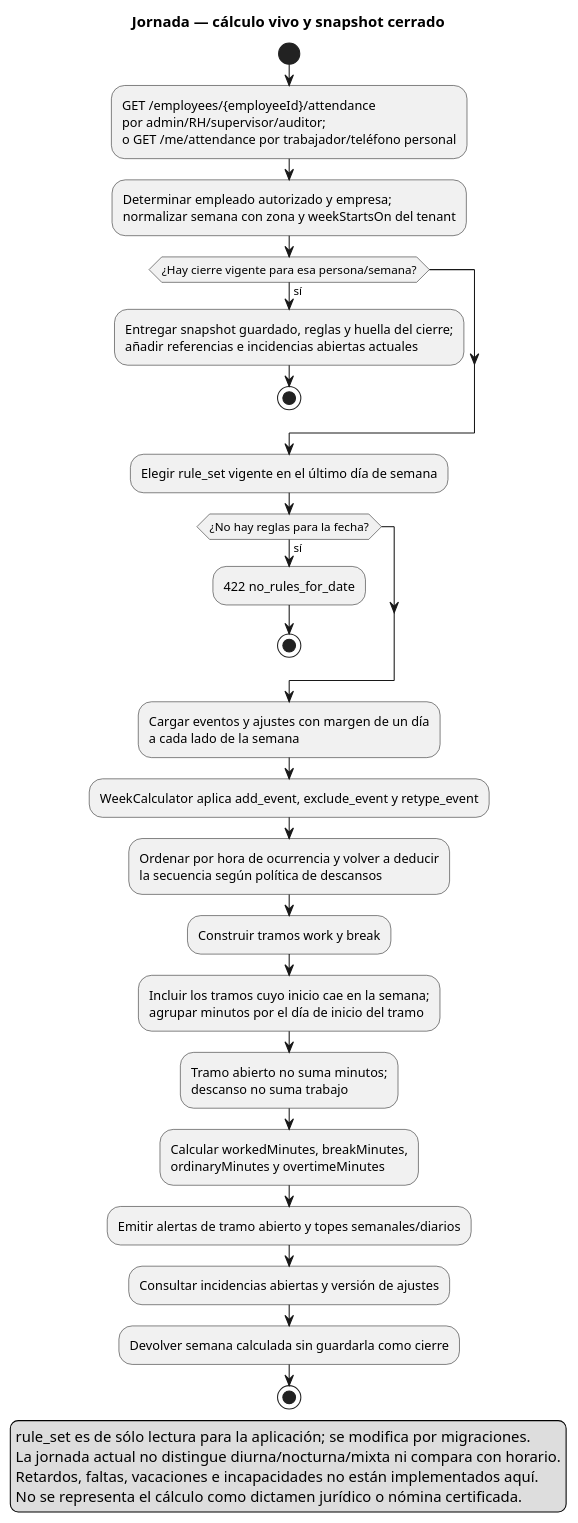
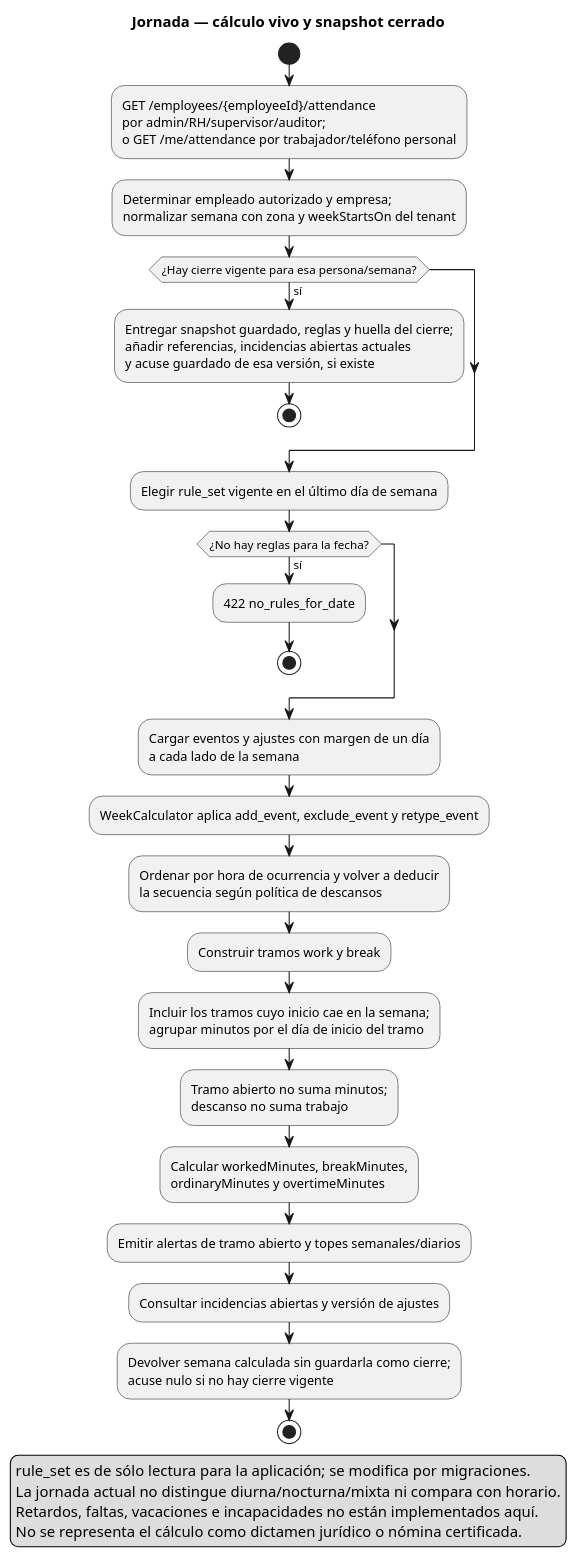
Before and after one commit to Alsegurarp/fs_asistencias: the diagram in docs/flujos/09-jornada-semanal.puml, drawn with PlantUML. The commit also changed 49 other files, not shown here.

```diff
--- a/docs/flujos/09-jornada-semanal.puml
+++ b/docs/flujos/09-jornada-semanal.puml
@@ -1,33 +1,33 @@
 @startuml
 title Jornada — cálculo vivo y snapshot cerrado
 skinparam shadowing false
 start
 :GET /employees/{employeeId}/attendance\npor admin/RH/supervisor/auditor;\no GET /me/attendance por trabajador/teléfono personal;
 :Determinar empleado autorizado y empresa;\nnormalizar semana con zona y weekStartsOn del tenant;
 if (¿Hay cierre vigente para esa persona/semana?) then (sí)
-  :Entregar snapshot guardado, reglas y huella del cierre;\nañadir referencias e incidencias abiertas actuales;
+  :Entregar snapshot guardado, reglas y huella del cierre;\nañadir referencias, incidencias abiertas actuales\ny acuse guardado de esa versión, si existe;
   stop
 endif
 :Elegir rule_set vigente en el último día de semana;
 if (¿No hay reglas para la fecha?) then (sí)
   :422 no_rules_for_date;
   stop
 endif
 :Cargar eventos y ajustes con margen de un día\na cada lado de la semana;
 :WeekCalculator aplica add_event, exclude_event y retype_event;
 :Ordenar por hora de ocurrencia y volver a deducir\nla secuencia según política de descansos;
 :Construir tramos work y break;
 :Incluir los tramos cuyo inicio cae en la semana;\nagrupar minutos por el día de inicio del tramo;
 :Tramo abierto no suma minutos;\ndescanso no suma trabajo;
 :Calcular workedMinutes, breakMinutes,\nordinaryMinutes y overtimeMinutes;
 :Emitir alertas de tramo abierto y topes semanales/diarios;
 :Consultar incidencias abiertas y versión de ajustes;
-:Devolver semana calculada sin guardarla como cierre;
+:Devolver semana calculada sin guardarla como cierre;\nacuse nulo si no hay cierre vigente;
 stop
 legend bottom
 rule_set es de sólo lectura para la aplicación; se modifica por migraciones.
 La jornada actual no distingue diurna/nocturna/mixta ni compara con horario.
 Retardos, faltas, vacaciones e incapacidades no están implementados aquí.
 No se representa el cálculo como dictamen jurídico o nómina certificada.
 endlegend
 @enduml
```
